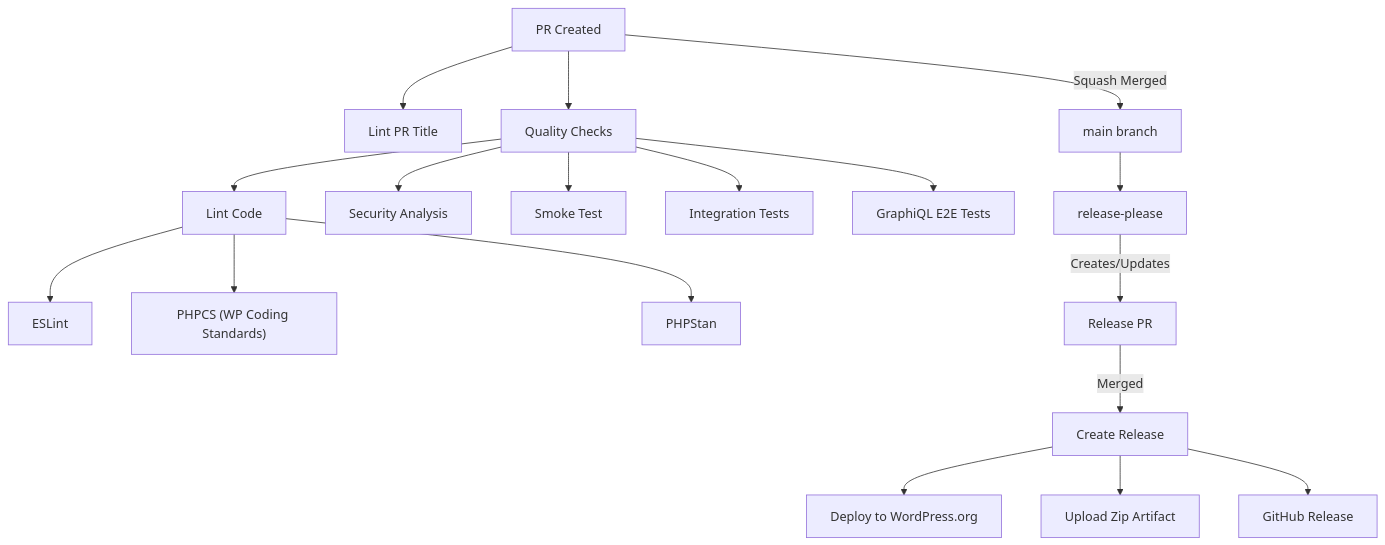
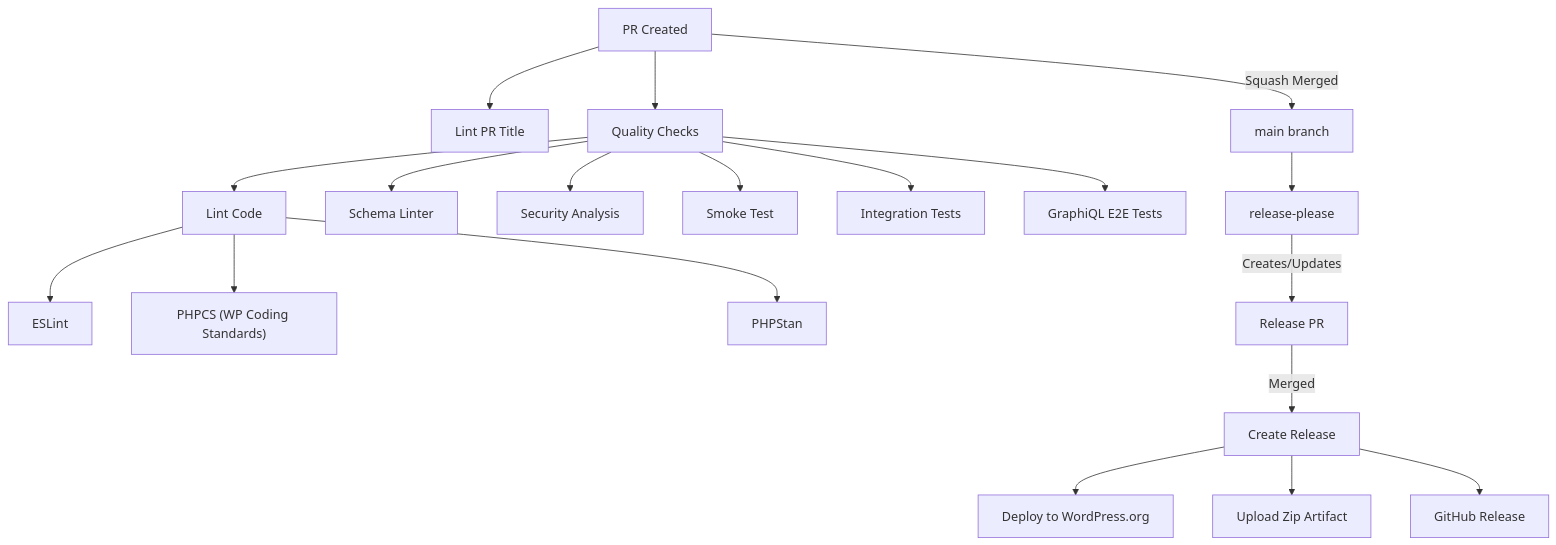
One commit to wp-graphql/wp-graphql changed the diagram in .github/workflows/README.md. Above: the diagram before and after it, drawn with Mermaid. The commit also changed other lines of this file, not shown here.

Commit message:
docs: restore schema linter as separate workflow

````diff
--- a/.github/workflows/README.md
+++ b/.github/workflows/README.md
@@ -82,27 +87,28 @@
 ```mermaid
 flowchart TD
     %% PR Process
     PR[PR Created] --> LPR[Lint PR Title]
     PR --> QA[Quality Checks]
 
     %% Quality Checks
     QA --> Lint[Lint Code]
+    QA --> SL[Schema Linter]
     QA --> SEC[Security Analysis]
     QA --> SM[Smoke Test]
     QA --> INT[Integration Tests]
     QA --> E2E[GraphiQL E2E Tests]
 
     %% Linting
     Lint --> ESL[ESLint]
     Lint --> CS["PHPCS (WP Coding Standards)"]
     Lint --> STAN[PHPStan]
 
     %% Merge and Release
     PR --> |Squash Merged| MAIN[main branch]
     MAIN --> RP[release-please]
     RP --> |Creates/Updates| RPR[Release PR]
     RPR --> |Merged| REL[Create Release]
     REL --> WO[Deploy to WordPress.org]
     REL --> ZIP[Upload Zip Artifact]
     REL --> GH[GitHub Release]
 ```
````
